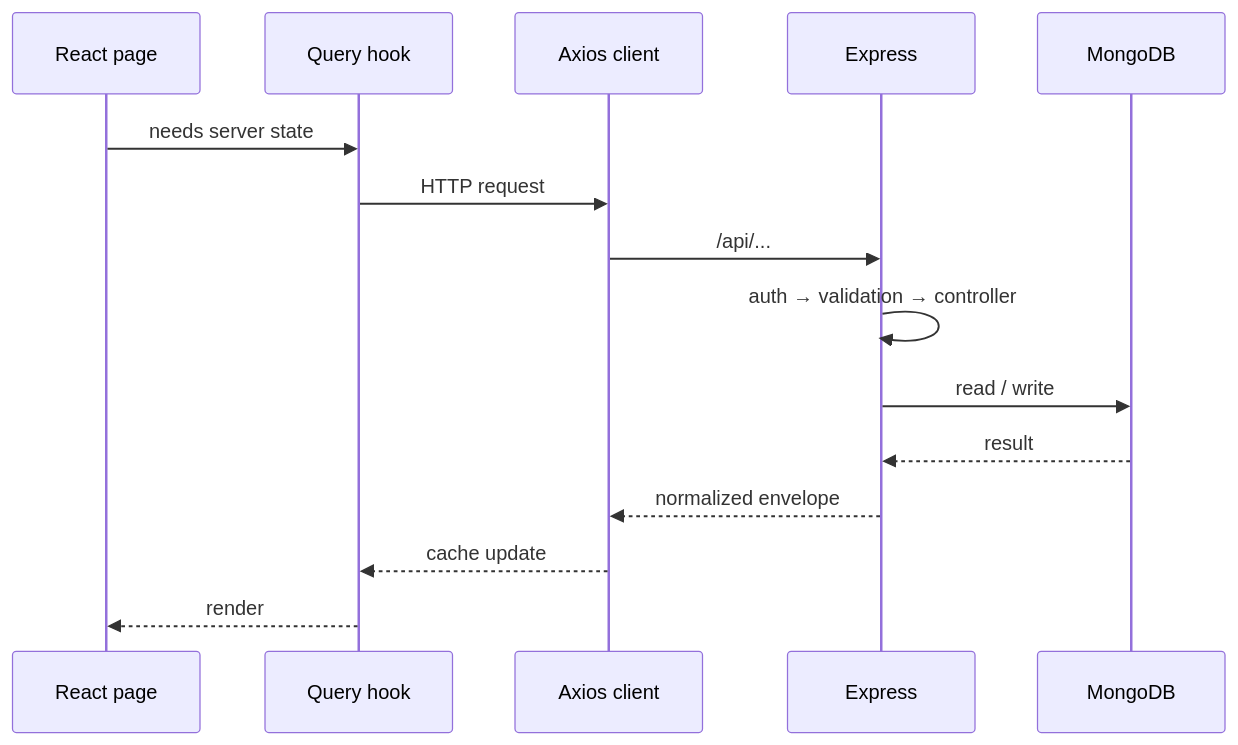
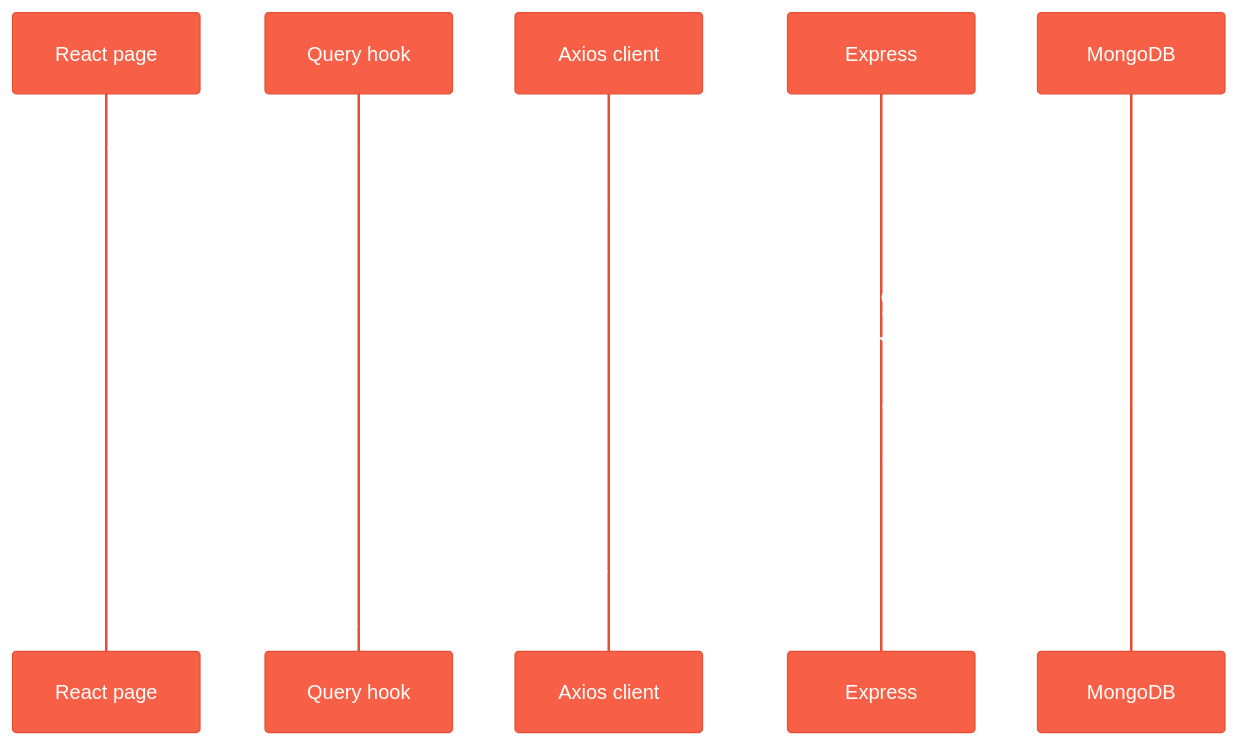
Before and after one commit to Ericokim/SurveyFlow: the second of 4 diagrams in README.md, drawn with Mermaid. The commit also changed other lines of this file and 1 other file, not shown here.

````diff
--- a/README.md
+++ b/README.md
@@ -207,18 +245,19 @@
 ```mermaid
+%%{init: {'theme':'base','themeVariables':{'primaryColor':'#F76046','primaryTextColor':'#ffffff','primaryBorderColor':'#E54F36','lineColor':'#3B82F6','secondaryColor':'#3B82F6','tertiaryColor':'#D9E7F1','fontFamily':'ui-sans-serif, system-ui, sans-serif'}}}%%
 sequenceDiagram
     participant UI as React page
     participant Q as Query hook
     participant AX as Axios client
     participant EX as Express
     participant DB as MongoDB
 
     UI->>Q: needs server state
     Q->>AX: HTTP request
     AX->>EX: /api/...
     EX->>EX: auth → validation → controller
     EX->>DB: read / write
     DB-->>EX: result
     EX-->>AX: normalized envelope
     AX-->>Q: cache update
     Q-->>UI: render
 ```
````
